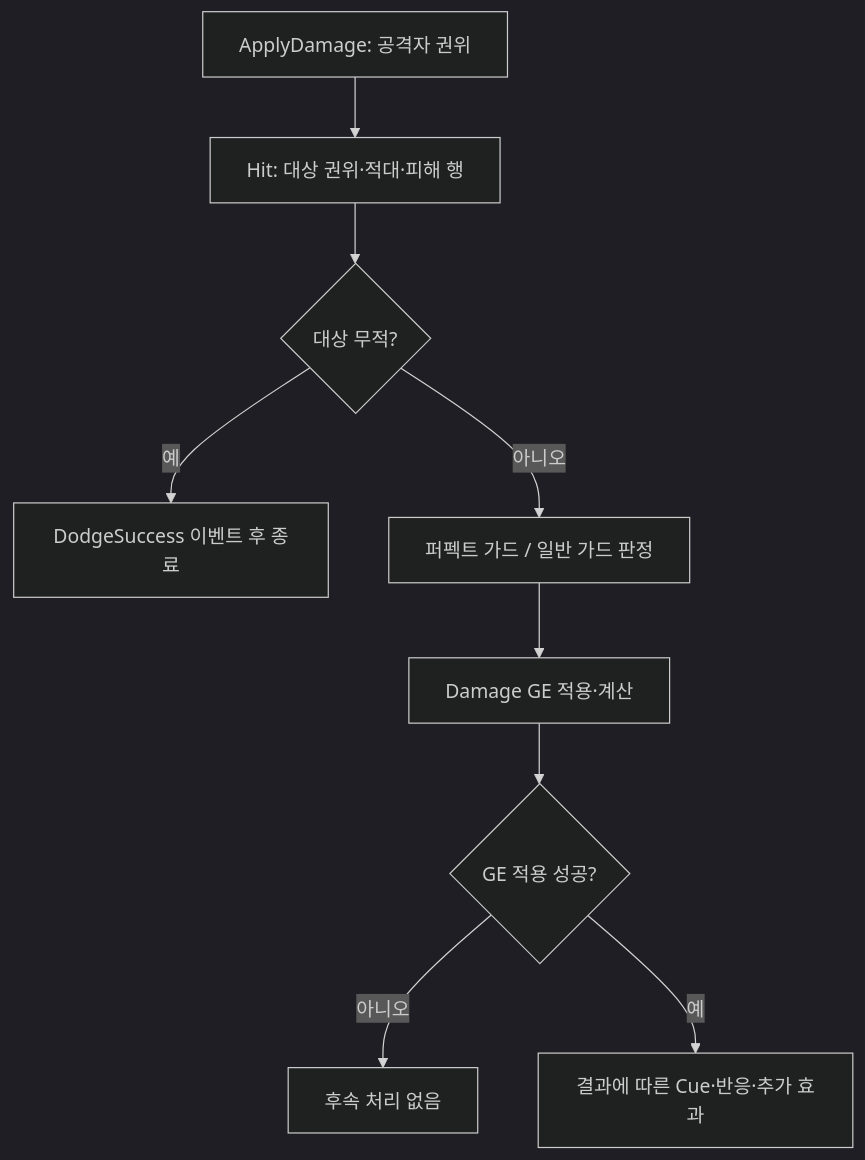
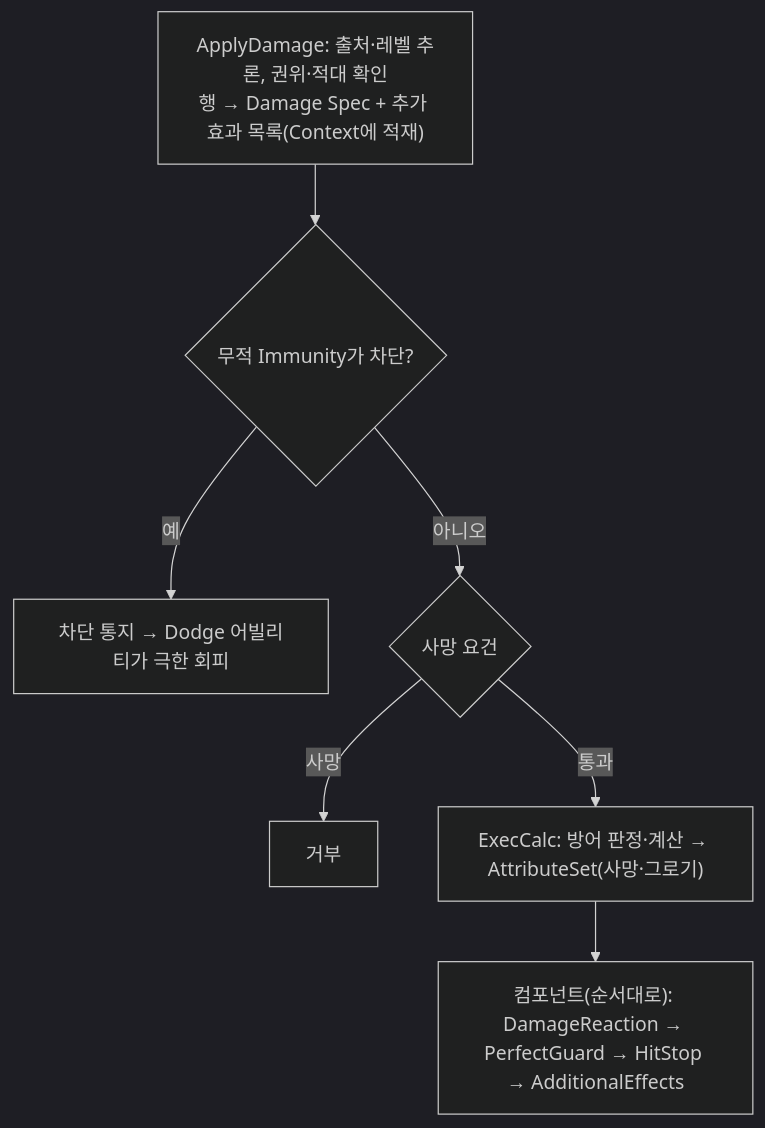
One commit to Woogl/ProjectWx changed the diagram in .wiki/wiki/concepts/combat-damage.md. Above: the diagram before and after it, drawn with Mermaid (dark theme). The commit also changed other lines of this file and 51 other files, not shown here.

First line of the commit message:
대미지 파이프라인을 Damage GE 컴포넌트 중심의 정방향 흐름으로 리팩터링

````diff
--- a/.wiki/wiki/concepts/combat-damage.md
+++ b/.wiki/wiki/concepts/combat-damage.md
@@ -25,11 +36,9 @@
 ```mermaid
 flowchart TD
-  A["ApplyDamage: 공격자 권위"] --> B["Hit: 대상 권위·적대·피해 행"]
-  B --> C{"대상 무적?"}
-  C -->|예| D["DodgeSuccess 이벤트 후 종료"]
-  C -->|아니오| E["퍼펙트 가드 / 일반 가드 판정"]
-  E --> F["Damage GE 적용·계산"]
-  F --> G{"GE 적용 성공?"}
-  G -->|아니오| H["후속 처리 없음"]
-  G -->|예| I["결과에 따른 Cue·반응·추가 효과"]
+  A["ApplyDamage: 출처·레벨 추론, 권위·적대 확인<br/>행 → Damage Spec + 추가 효과 목록(Context에 적재)"] --> C{"무적 Immunity가 차단?"}
+  C -->|예| D["차단 통지 → Dodge 어빌리티가 극한 회피"]
+  C -->|아니오| T{"사망 요건"}
+  T -->|사망| H["거부"]
+  T -->|통과| F["ExecCalc: 방어 판정·계산 → AttributeSet(사망·그로기)"]
+  F --> R["컴포넌트(순서대로): DamageReaction → PerfectGuard → HitStop → AdditionalEffects"]
 ```
````
